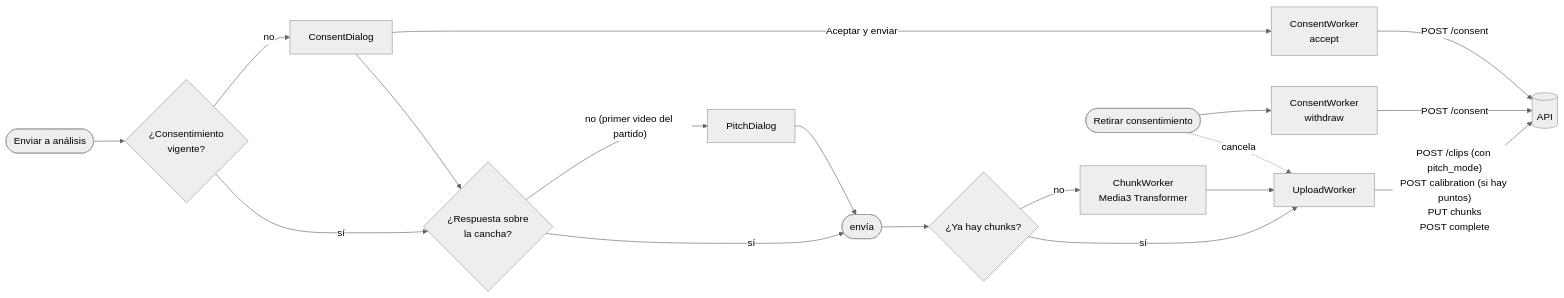
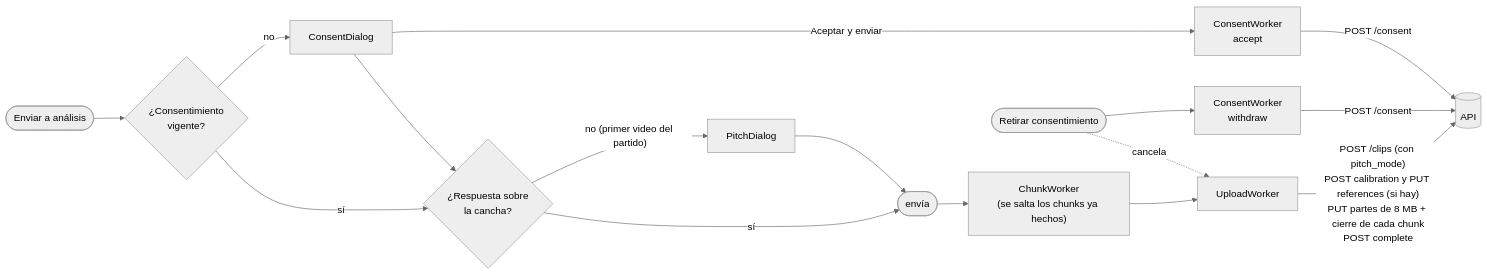
Before and after one commit to pepemxl/meta-ai-hackathon-2026: the fourth of 5 diagrams in docs/arquitectura/02-app-android.md, drawn with Mermaid (neutral theme). The commit also changed other lines of this file and 16 other files, not shown here.

````diff
--- a/docs/arquitectura/02-app-android.md
+++ b/docs/arquitectura/02-app-android.md
@@ -118,16 +121,14 @@
 ```mermaid
 flowchart LR
     send(["Enviar a análisis"]) --> q{"¿Consentimiento<br/>vigente?"}
     q -->|no| dlg["ConsentDialog"] -->|"Aceptar y enviar"| acc["ConsentWorker<br/>accept"]
     dlg --> pm
     q -->|sí| pm{"¿Respuesta sobre<br/>la cancha?"}
     pm -->|"no (primer video del partido)"| pdlg["PitchDialog"] --> send2(["envía"])
     pm -->|sí| send2
-    send2 --> has{"¿Ya hay chunks?"}
-    has -->|no| cw["ChunkWorker<br/>Media3 Transformer"] --> uw["UploadWorker"]
-    has -->|sí| uw
-    uw -->|"POST /clips (con pitch_mode)<br/>POST calibration (si hay puntos)<br/>PUT chunks<br/>POST complete"| api[("API")]
+    send2 --> cw["ChunkWorker<br/>(se salta los chunks ya hechos)"] --> uw["UploadWorker"]
+    uw -->|"POST /clips (con pitch_mode)<br/>POST calibration y PUT references (si hay)<br/>PUT partes de 8 MB + cierre de cada chunk<br/>POST complete"| api[("API")]
     acc -->|"POST /consent"| api
     wd(["Retirar consentimiento"]) --> wdw["ConsentWorker<br/>withdraw"] -->|"POST /consent"| api
     wd -.->|"cancela"| uw
 ```
````
